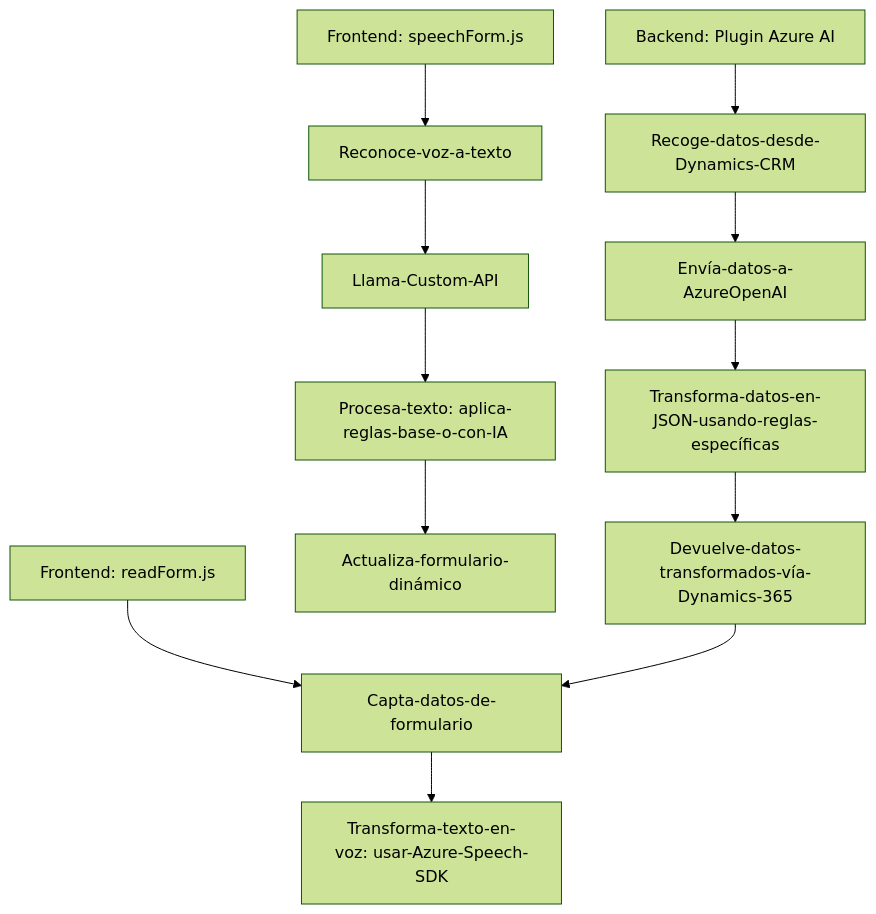
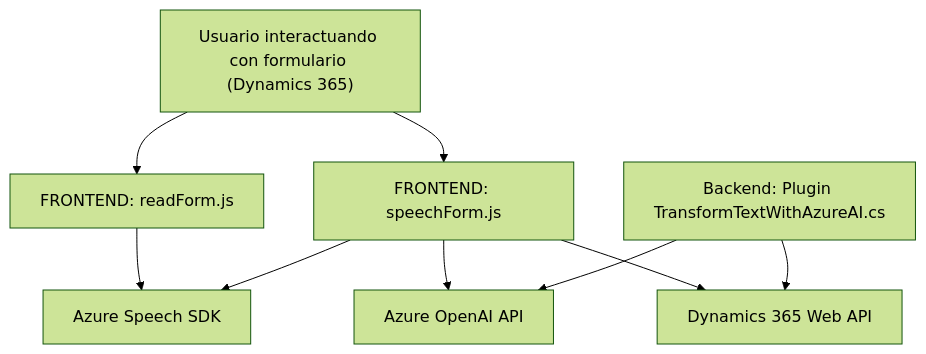
Before and after one commit to blopezdm/NETCORE_BILBAO2025: the diagram in README.md, drawn with Mermaid (forest theme). The commit also changed other lines of this file, not shown here.

Commit message:
Actualizar análisis global de la solución con IA

````diff
--- a/README.md
+++ b/README.md
@@ -46,14 +53,19 @@
 ```mermaid
 graph TD
-    A["Frontend: readForm.js"] --> B["Capta-datos-de-formulario"]
-    B --> C["Transforma-texto-en-voz: usar-Azure-Speech-SDK"]
-    D["Frontend: speechForm.js"] --> E["Reconoce-voz-a-texto"]
-    E --> F["Llama-Custom-API"]
-    F --> G["Procesa-texto: aplica-reglas-base-o-con-IA"]
-    G --> H["Actualiza-formulario-dinámico"]
-    I["Backend: Plugin Azure AI"] --> J["Recoge-datos-desde-Dynamics-CRM"]
-    J --> K["Envía-datos-a-AzureOpenAI"]
-    K --> L["Transforma-datos-en-JSON-usando-reglas-específicas"]
-    L --> M["Devuelve-datos-transformados-vía-Dynamics-365"]
-    M --> B
+    A["Usuario interactuando con formulario (Dynamics 365)"]
+    B["FRONTEND: readForm.js"]
+    C["FRONTEND: speechForm.js"]
+    D["Backend: Plugin TransformTextWithAzureAI.cs"]
+    E["Azure Speech SDK"]
+    F["Azure OpenAI API"]
+    G["Dynamics 365 Web API"]
+
+    A --> B
+    A --> C
+    B --> E
+    C --> E
+    C --> F
+    C --> G
+    D --> F
+    D --> G
 ```
````
